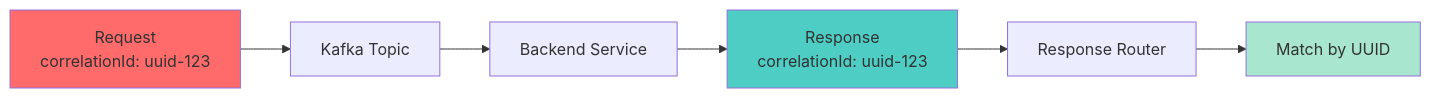
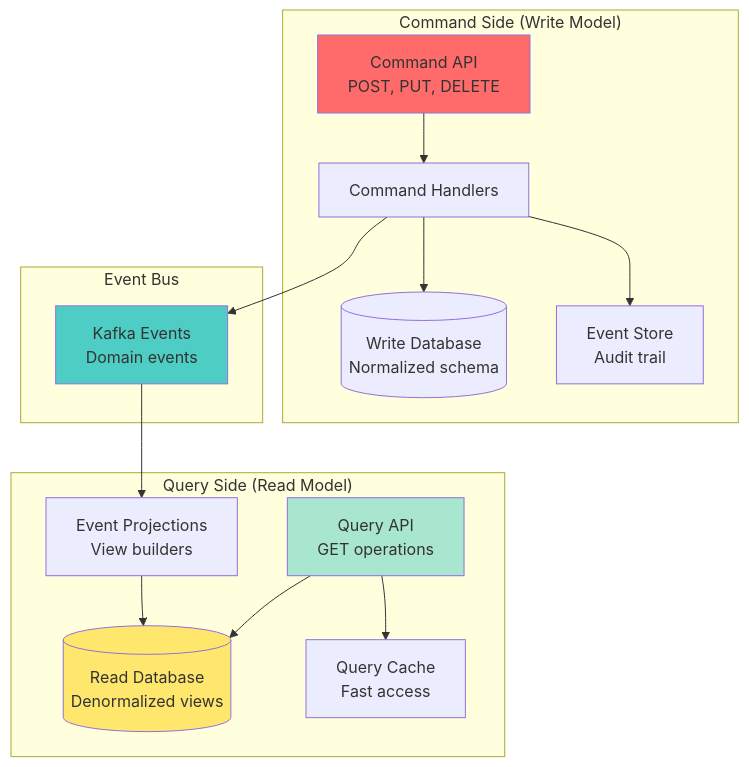
One commit to vorrawut/KafkaStarter changed the third of 5 diagrams in class/workshop/lesson_13/README.md. Above: the diagram before and after it, drawn with Mermaid. The commit also changed other lines of this file and 204 other files, not shown here.

````diff
--- a/class/workshop/lesson_13/README.md
+++ b/class/workshop/lesson_13/README.md
@@ -141,12 +148,36 @@
 ```mermaid
-graph LR
-    REQUEST[Request<br/>correlationId: uuid-123] --> KAFKA[Kafka Topic]
-    KAFKA --> SERVICE[Backend Service]
-    SERVICE --> RESPONSE[Response<br/>correlationId: uuid-123]
-    RESPONSE --> ROUTER[Response Router]
-    ROUTER --> MATCH[Match by UUID]
+graph TB
+    subgraph "Command Side (Write Model)"
+        CMD_API[Command API<br/>POST, PUT, DELETE]
+        CMD_HANDLER[Command Handlers]
+        WRITE_DB[(Write Database<br/>Normalized schema)]
+        EVENT_STORE[Event Store<br/>Audit trail]
+    end
     
-    style REQUEST fill:#ff6b6b
-    style RESPONSE fill:#4ecdc4
-    style MATCH fill:#a8e6cf
+    subgraph "Event Bus"
+        KAFKA_EVENTS[Kafka Events<br/>Domain events]
+    end
+    
+    subgraph "Query Side (Read Model)"
+        QUERY_API[Query API<br/>GET operations]
+        READ_DB[(Read Database<br/>Denormalized views)]
+        PROJECTIONS[Event Projections<br/>View builders]
+        CACHE[Query Cache<br/>Fast access]
+    end
+    
+    CMD_API --> CMD_HANDLER
+    CMD_HANDLER --> WRITE_DB
+    CMD_HANDLER --> EVENT_STORE
+    CMD_HANDLER --> KAFKA_EVENTS
+    
+    KAFKA_EVENTS --> PROJECTIONS
+    PROJECTIONS --> READ_DB
+    
+    QUERY_API --> READ_DB
+    QUERY_API --> CACHE
+    
+    style CMD_API fill:#ff6b6b
+    style KAFKA_EVENTS fill:#4ecdc4
+    style QUERY_API fill:#a8e6cf
+    style READ_DB fill:#ffe66d
 ```
````
